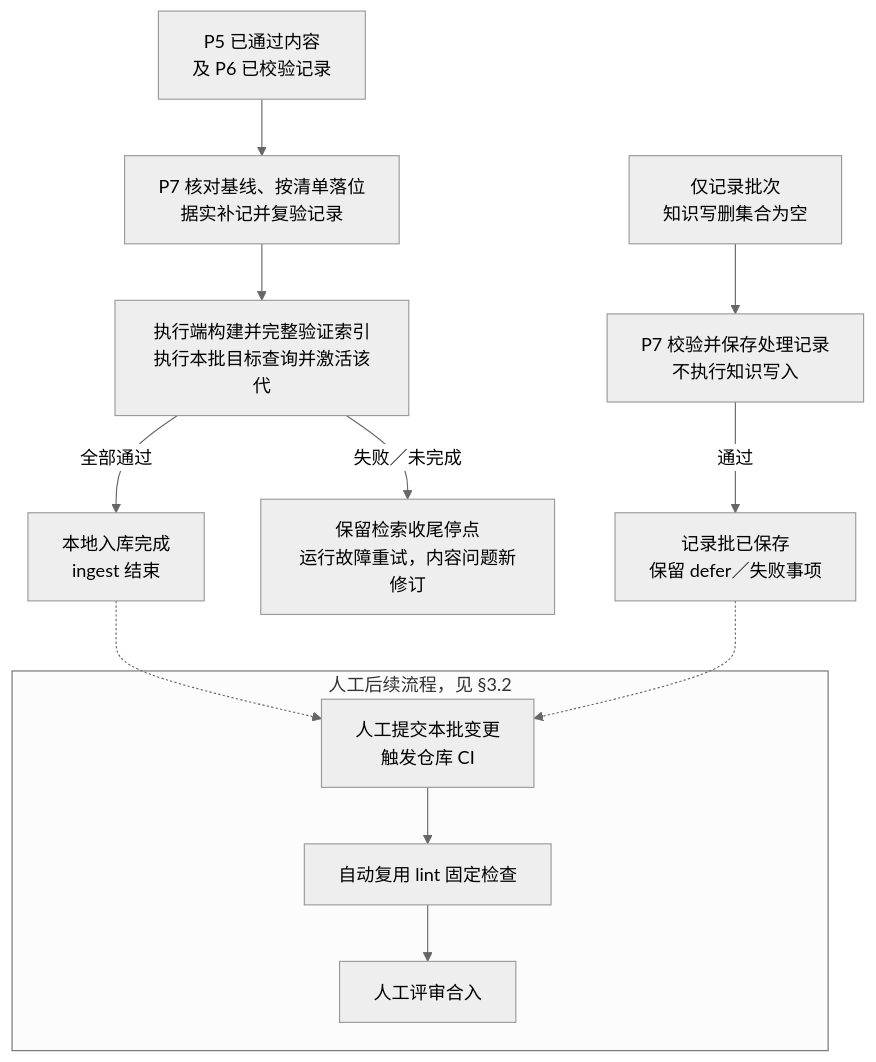
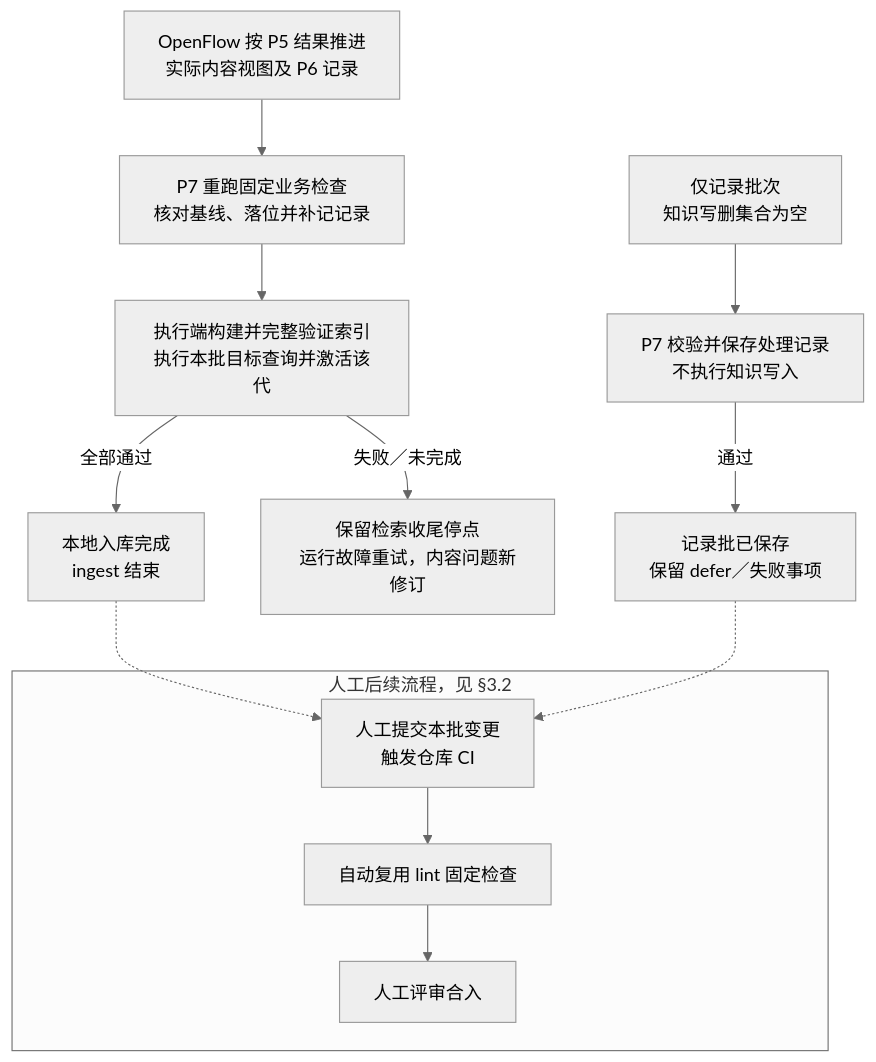
Before and after one commit to Robin-hhc/FactumCore: diagram 17 of 26 in himate-knowledge-wifi-mp/docs-llm-wiki/知识库详细设计.md, drawn with Mermaid (neutral theme). The commit also changed other lines of this file and 183 other files, not shown here.

````diff
--- a/himate-knowledge-wifi-mp/docs-llm-wiki/知识库详细设计.md
+++ b/himate-knowledge-wifi-mp/docs-llm-wiki/知识库详细设计.md
@@ -673,15 +673,15 @@
 ```mermaid
 flowchart TD
-    CONTENT["P5 已通过内容<br/>及 P6 已校验记录"] --> APPLY["P7 核对基线、按清单落位<br/>据实补记并复验记录"]
+    CONTENT["OpenFlow 按 P5 结果推进<br/>实际内容视图及 P6 记录"] --> APPLY["P7 重跑固定业务检查<br/>核对基线、落位并补记记录"]
     APPLY --> INDEX["执行端构建并完整验证索引<br/>执行本批目标查询并激活该代"]
     INDEX -->|"全部通过"| DONE["本地入库完成<br/>ingest 结束"]
     INDEX -->|"失败／未完成"| STOP["保留检索收尾停点<br/>运行故障重试，内容问题新修订"]
     RECORD["仅记录批次<br/>知识写删集合为空"] --> CHECK["P7 校验并保存处理记录<br/>不执行知识写入"]
     CHECK -->|"通过"| SAVED["记录批已保存<br/>保留 defer／失败事项"]
     subgraph HUMAN["人工后续流程，见 §3.2"]
         SUBMIT["人工提交本批变更<br/>触发仓库 CI"] --> CI["自动复用 lint 固定检查"]
         CI --> MERGE["人工评审合入"]
     end
     DONE -.-> SUBMIT
     SAVED -.-> SUBMIT
 ```
````
